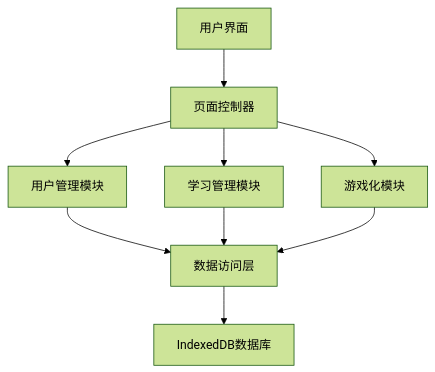
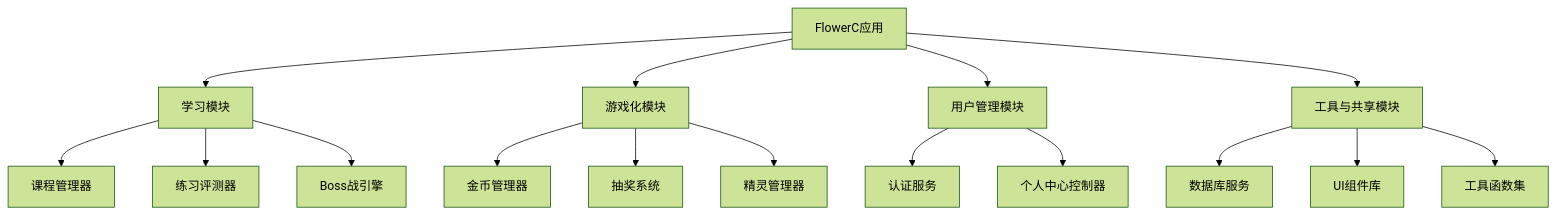
The second of 2 diagrams in Python学习网站第二版/FlowerC文档/FlowerC设计文档v2.0/FlowerC设计文档.md (Licus7/FlowerC), drawn with Mermaid (forest theme) before and after one commit. The commit also changed other lines of this file, not shown here.

````diff
--- a/Python学习网站第二版/FlowerC文档/FlowerC设计文档v2.0/FlowerC设计文档.md
+++ b/Python学习网站第二版/FlowerC文档/FlowerC设计文档v2.0/FlowerC设计文档.md
@@ -37,11 +99,22 @@
 ```mermaid
-graph TB
-    A[用户界面] --> B[页面控制器]
-    B --> C[用户管理模块]
-    B --> D[学习管理模块]
-    B --> E[游戏化模块]
-    C --> F[数据访问层]
-    D --> F
-    E --> F
-    F --> G[IndexedDB数据库]
+graph TD
+    A[FlowerC应用] --> B[学习模块]
+    A --> C[游戏化模块]
+    A --> D[用户管理模块]
+    A --> E[工具与共享模块]
+    
+    B --> B1[课程管理器]
+    B --> B2[练习评测器]
+    B --> B3[Boss战引擎]
+    
+    C --> C1[金币管理器]
+    C --> C2[抽奖系统]
+    C --> C3[精灵管理器]
+    
+    D --> D1[认证服务]
+    D --> D2[个人中心控制器]
+    
+    E --> E1[数据库服务]
+    E --> E2[UI组件库]
+    E --> E3[工具函数集]
 ```
````
